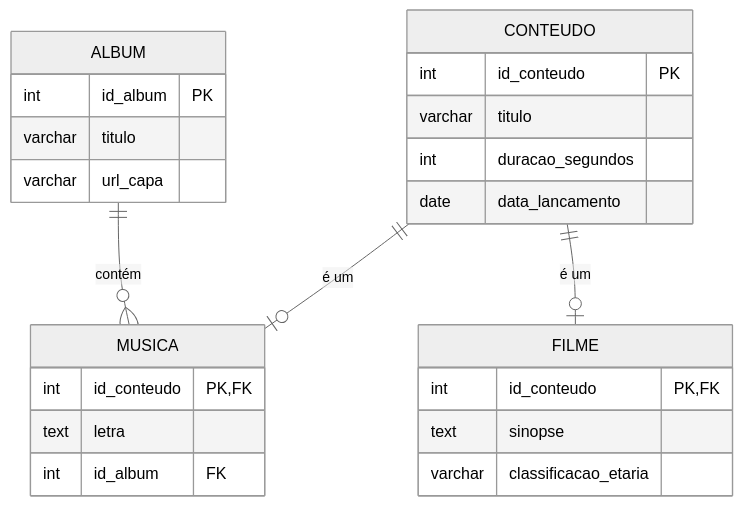
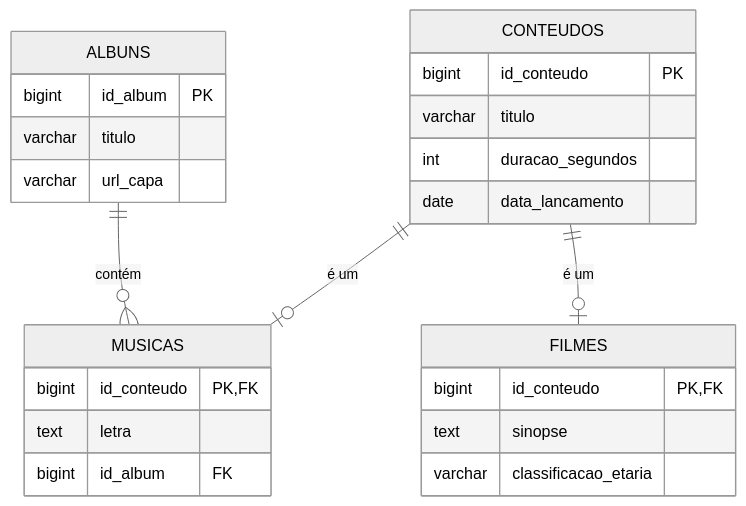
Before and after one commit to DSM-Fatec-Jahu/Banco-de-Dados-Relacional-IBD015: the seventh of 8 diagrams in aulas/Aula_01_Revisao_Modelagem_Conceitual.md, drawn with Mermaid (neutral theme). The commit also changed other lines of this file, not shown here.

````diff
--- a/aulas/Aula_01_Revisao_Modelagem_Conceitual.md
+++ b/aulas/Aula_01_Revisao_Modelagem_Conceitual.md
@@ -457,31 +457,31 @@
 ```mermaid
 erDiagram
-    CONTEUDO {
-        int id_conteudo PK
+    CONTEUDOS {
+        bigint id_conteudo PK
         varchar titulo
         int duracao_segundos
         date data_lancamento
     }
 
-    MUSICA {
-        int id_conteudo PK, FK
+    MUSICAS {
+        bigint id_conteudo PK, FK
         text letra
-        int id_album FK
+        bigint id_album FK
     }
 
-    FILME {
-        int id_conteudo PK, FK
+    FILMES {
+        bigint id_conteudo PK, FK
         text sinopse
         varchar classificacao_etaria
     }
 
-    ALBUM {
-        int id_album PK
+    ALBUNS {
+        bigint id_album PK
         varchar titulo
         varchar url_capa
     }
 
-    CONTEUDO ||--o| MUSICA  : "é um"
-    CONTEUDO ||--o| FILME   : "é um"
-    ALBUM    ||--o{ MUSICA  : "contém"
+    CONTEUDOS ||--o| MUSICAS  : "é um"
+    CONTEUDOS ||--o| FILMES   : "é um"
+    ALBUNS    ||--o{ MUSICAS  : "contém"
 ```
````
